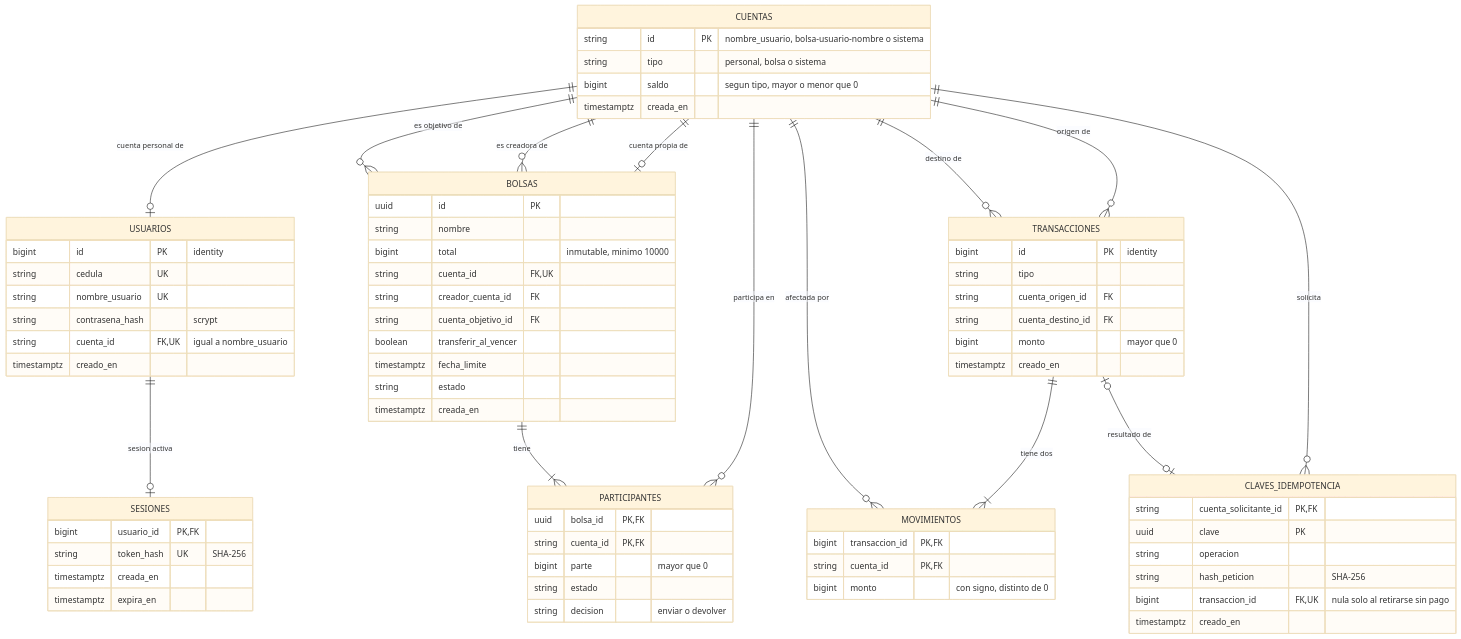
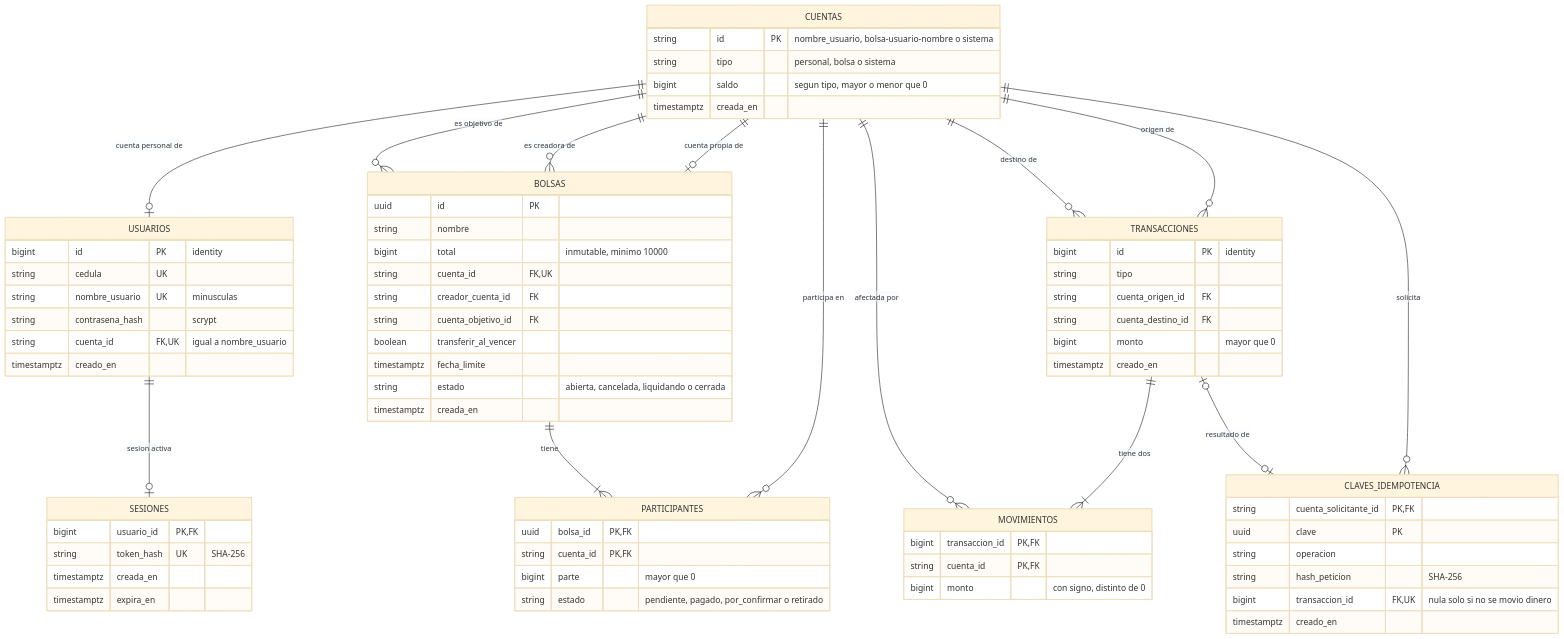
One commit to ESMR7/cuadre changed the third of 5 diagrams in SPEC.md. Above: the diagram before and after it, drawn with Mermaid (base theme). The commit also changed other lines of this file and 2 other files, not shown here.

````diff
--- a/SPEC.md
+++ b/SPEC.md
@@ -272,76 +326,75 @@
 ```mermaid
 erDiagram
     CUENTAS ||--o| USUARIOS : "cuenta personal de"
     USUARIOS ||--o| SESIONES : "sesion activa"
     CUENTAS ||--o{ PARTICIPANTES : "participa en"
     BOLSAS ||--|{ PARTICIPANTES : "tiene"
     CUENTAS ||--o| BOLSAS : "cuenta propia de"
     CUENTAS ||--o{ BOLSAS : "es creadora de"
     CUENTAS ||--o{ BOLSAS : "es objetivo de"
     CUENTAS ||--o{ TRANSACCIONES : "origen de"
     CUENTAS ||--o{ TRANSACCIONES : "destino de"
     TRANSACCIONES ||--|{ MOVIMIENTOS : "tiene dos"
     CUENTAS ||--o{ MOVIMIENTOS : "afectada por"
     CUENTAS ||--o{ CLAVES_IDEMPOTENCIA : "solicita"
     TRANSACCIONES |o--o| CLAVES_IDEMPOTENCIA : "resultado de"
     CUENTAS {
         string id PK "nombre_usuario, bolsa-usuario-nombre o sistema"
         string tipo "personal, bolsa o sistema"
         bigint saldo "segun tipo, mayor o menor que 0"
         timestamptz creada_en
     }
     USUARIOS {
         bigint id PK "identity"
         string cedula UK
-        string nombre_usuario UK
+        string nombre_usuario UK "minusculas"
         string contrasena_hash "scrypt"
         string cuenta_id FK, UK "igual a nombre_usuario"
         timestamptz creado_en
     }
     SESIONES {
         bigint usuario_id PK, FK
         string token_hash UK "SHA-256"
         timestamptz creada_en
         timestamptz expira_en
     }
     TRANSACCIONES {
         bigint id PK "identity"
         string tipo
         string cuenta_origen_id FK
         string cuenta_destino_id FK
         bigint monto "mayor que 0"
         timestamptz creado_en
     }
     MOVIMIENTOS {
         bigint transaccion_id PK, FK
         string cuenta_id PK, FK
         bigint monto "con signo, distinto de 0"
     }
     CLAVES_IDEMPOTENCIA {
         string cuenta_solicitante_id PK, FK
         uuid clave PK
         string operacion
         string hash_peticion "SHA-256"
-        bigint transaccion_id FK, UK "nula solo al retirarse sin pago"
+        bigint transaccion_id FK, UK "nula solo si no se movio dinero"
         timestamptz creado_en
     }
     BOLSAS {
         uuid id PK
         string nombre
         bigint total "inmutable, minimo 10000"
         string cuenta_id FK, UK
         string creador_cuenta_id FK
         string cuenta_objetivo_id FK
         boolean transferir_al_vencer
         timestamptz fecha_limite
-        string estado
+        string estado "abierta, cancelada, liquidando o cerrada"
         timestamptz creada_en
     }
     PARTICIPANTES {
         uuid bolsa_id PK, FK
         string cuenta_id PK, FK
         bigint parte "mayor que 0"
-        string estado
-        string decision "enviar o devolver"
+        string estado "pendiente, pagado, por_confirmar o retirado"
     }
 ```
````
